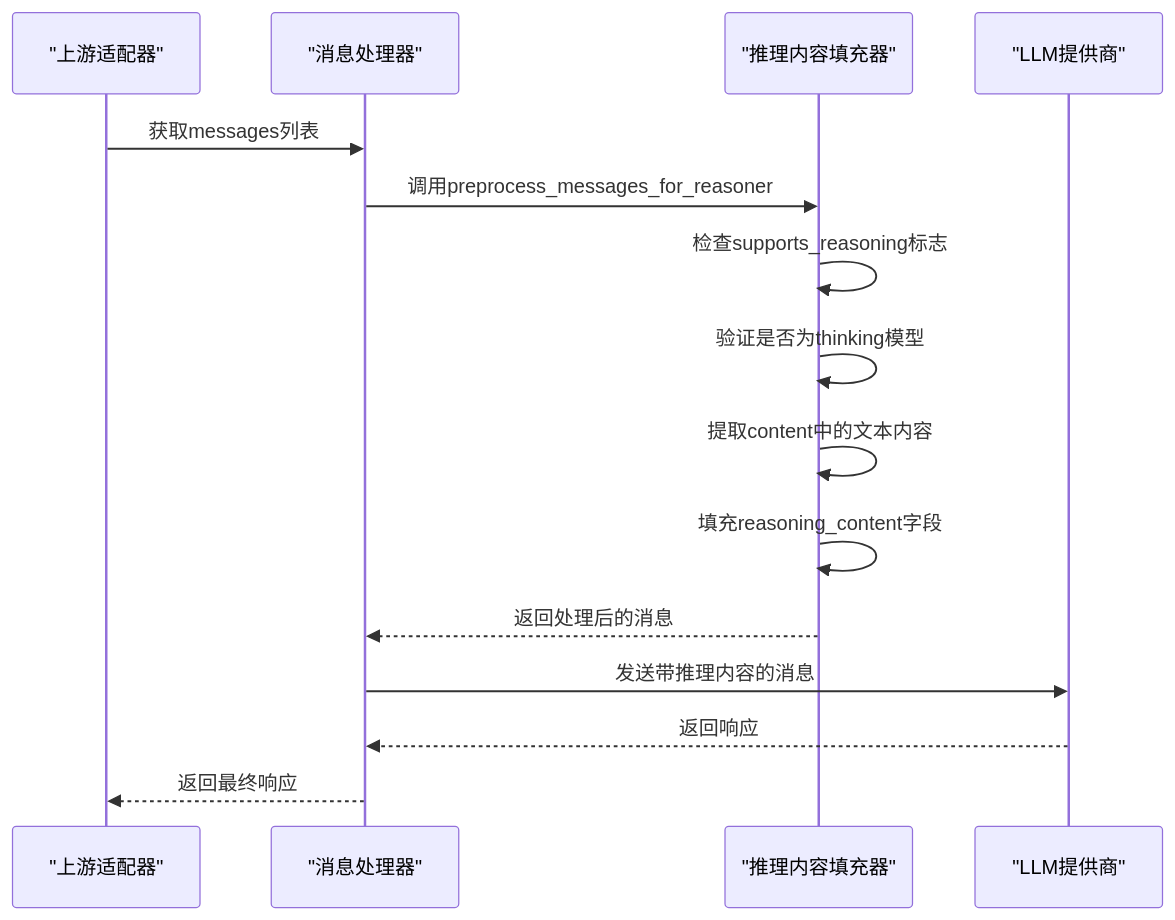
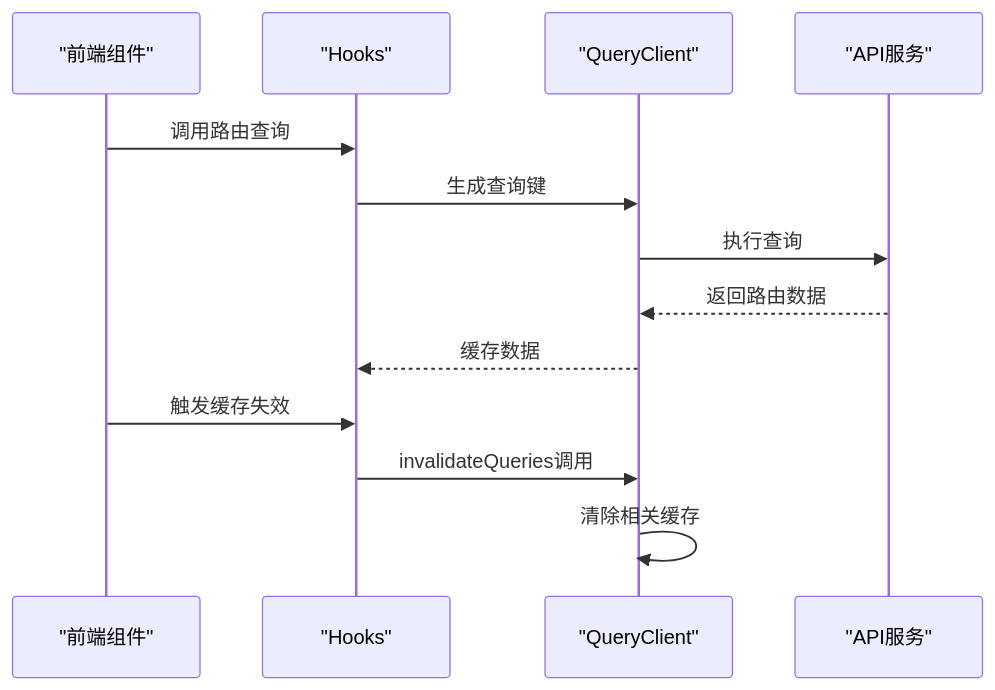
Diagram 12 of 20 in .qoder/repowiki/zh/content/网关服务架构/网关服务架构.md (tianyehedashu/ai-agent), drawn with Mermaid before and after one commit. The commit also changed other lines of this file and 50 other files, not shown here.

````diff
--- a/.qoder/repowiki/zh/content/网关服务架构/网关服务架构.md
+++ b/.qoder/repowiki/zh/content/网关服务架构/网关服务架构.md
@@ -497,17 +555,15 @@
 ```mermaid
 sequenceDiagram
-participant UA as "上游适配器"
-participant MP as "消息处理器"
-participant TP as "推理内容填充器"
-participant LLM as "LLM提供商"
-UA->>MP : 获取messages列表
-MP->>TP : 调用preprocess_messages_for_reasoner
-TP->>TP : 检查supports_reasoning标志
-TP->>TP : 验证是否为thinking模型
-TP->>TP : 提取content中的文本内容
-TP->>TP : 填充reasoning_content字段
-TP-->>MP : 返回处理后的消息
-MP->>LLM : 发送带推理内容的消息
-LLM-->>MP : 返回响应
-MP-->>UA : 返回最终响应
+participant FC as "前端组件"
+participant HK as "Hooks"
+participant QC as "QueryClient"
+participant API as "API服务"
+FC->>HK : 调用路由查询
+HK->>QC : 生成查询键
+QC->>API : 执行查询
+API-->>QC : 返回路由数据
+QC-->>HK : 缓存数据
+FC->>HK : 触发缓存失效
+HK->>QC : invalidateQueries调用
+QC->>QC : 清除相关缓存
 ```
````
